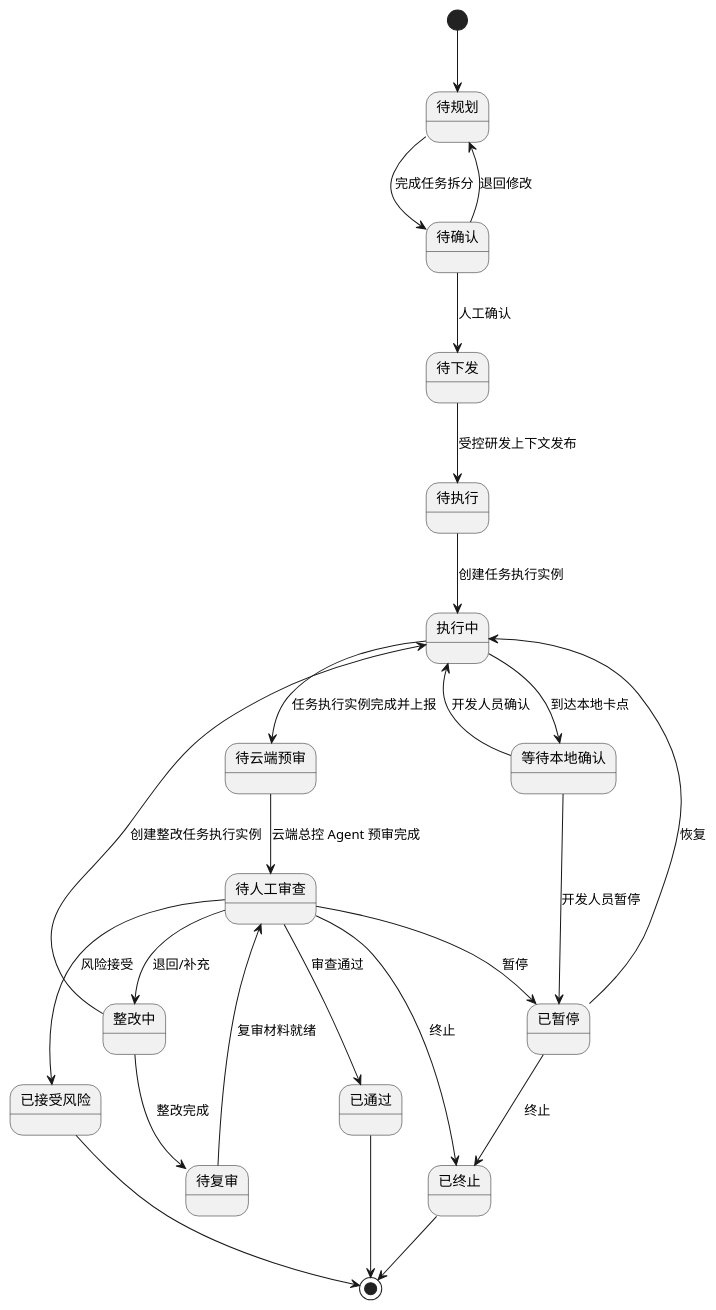
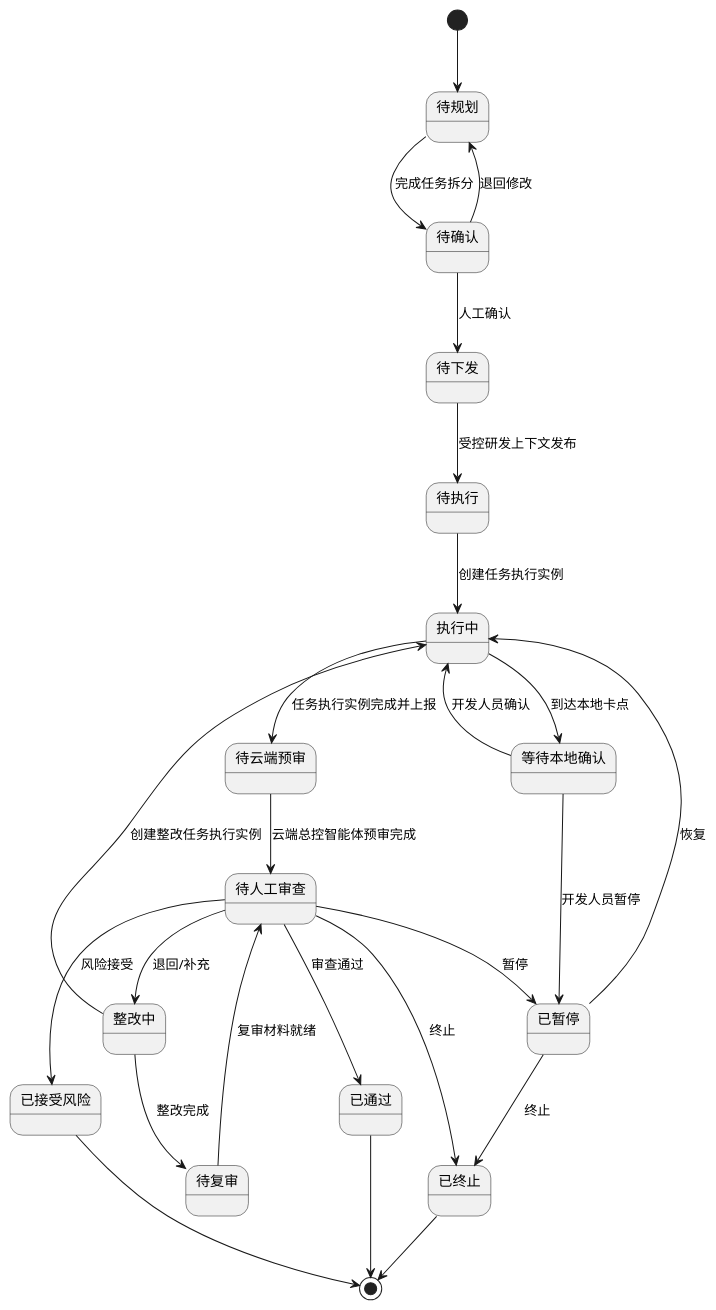
Before and after one commit to edwinyao121/ai-rjgc: the sixth of 7 diagrams in 云端治理与本地智能研发协同平台_UseCase与UML.md, drawn with PlantUML. The commit also changed other lines of this file, not shown here.

````diff
--- a/云端治理与本地智能研发协同平台_UseCase与UML.md
+++ b/云端治理与本地智能研发协同平台_UseCase与UML.md
@@ -707,36 +707,36 @@
 ```plantuml
 @startuml
 [*] --> 待规划
 
 待规划 --> 待确认 : 完成任务拆分
 待确认 --> 待规划 : 退回修改
 待确认 --> 待下发 : 人工确认
 
 待下发 --> 待执行 : 受控研发上下文发布
 待执行 --> 执行中 : 创建任务执行实例
 
 执行中 --> 等待本地确认 : 到达本地卡点
 等待本地确认 --> 执行中 : 开发人员确认
 等待本地确认 --> 已暂停 : 开发人员暂停
 
 执行中 --> 待云端预审 : 任务执行实例完成并上报
-待云端预审 --> 待人工审查 : 云端总控 Agent 预审完成
+待云端预审 --> 待人工审查 : 云端总控智能体预审完成
 
 待人工审查 --> 整改中 : 退回/补充
 待人工审查 --> 已通过 : 审查通过
 待人工审查 --> 已接受风险 : 风险接受
 待人工审查 --> 已暂停 : 暂停
 待人工审查 --> 已终止 : 终止
 
 整改中 --> 执行中 : 创建整改任务执行实例
 整改中 --> 待复审 : 整改完成
 待复审 --> 待人工审查 : 复审材料就绪
 
 已暂停 --> 执行中 : 恢复
 已暂停 --> 已终止 : 终止
 
 已通过 --> [*]
 已接受风险 --> [*]
 已终止 --> [*]
 @enduml
 ```
````
